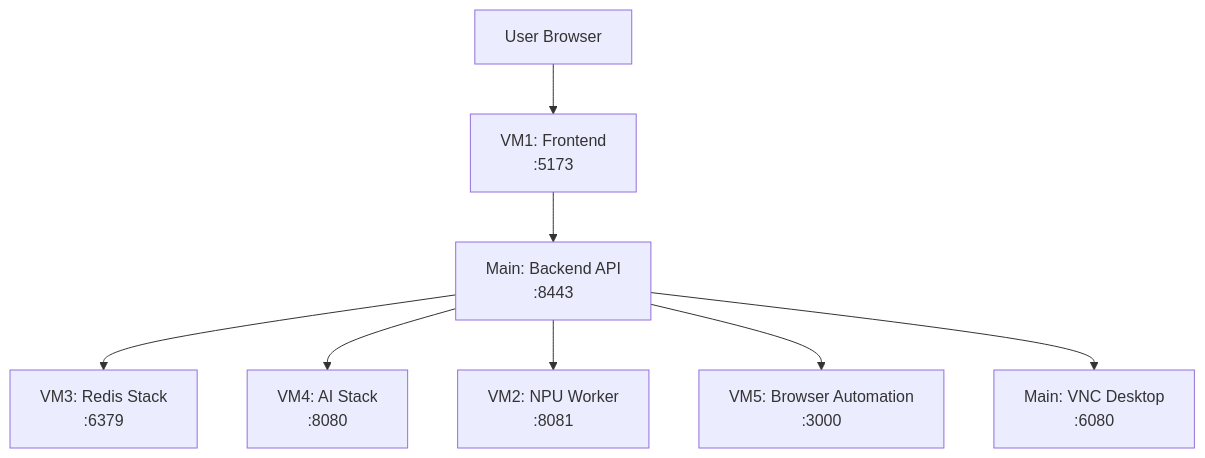
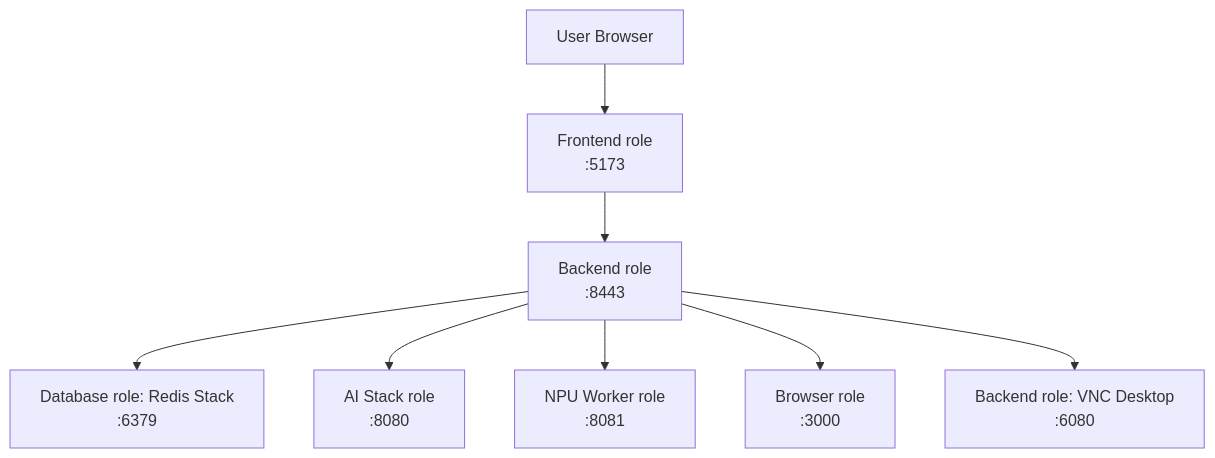
Before and after one commit to mrveiss/AutoBot-AI: the diagram in docs/architecture/README.md, drawn with Mermaid. The commit also changed other lines of this file and 13 other files, not shown here.

````diff
--- a/docs/architecture/README.md
+++ b/docs/architecture/README.md
@@ -23,10 +25,10 @@
 ```mermaid
 graph TB
-    User[User Browser] --> Frontend[VM1: Frontend<br/><frontend-ip>:5173]
-    Frontend --> Backend[Main: Backend API<br/><backend-ip>:8443]
-    Backend --> Redis[VM3: Redis Stack<br/><database-ip>:6379]
-    Backend --> AI[VM4: AI Stack<br/><aiml-ip>:8080]
-    Backend --> NPU[VM2: NPU Worker<br/><npu-ip>:8081]
-    Backend --> Browser[VM5: Browser Automation<br/><browser-ip>:3000]
-    Backend --> Desktop[Main: VNC Desktop<br/><backend-ip>:6080]
+    User[User Browser] --> Frontend[Frontend role<br/><frontend-ip>:5173]
+    Frontend --> Backend[Backend role<br/><backend-ip>:8443]
+    Backend --> Redis[Database role: Redis Stack<br/><database-ip>:6379]
+    Backend --> AI[AI Stack role<br/><aiml-ip>:8080]
+    Backend --> NPU[NPU Worker role<br/><npu-ip>:8081]
+    Backend --> Browser[Browser role<br/><browser-ip>:3000]
+    Backend --> Desktop[Backend role: VNC Desktop<br/><backend-ip>:6080]
 ```
````
